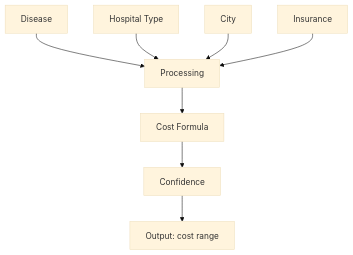
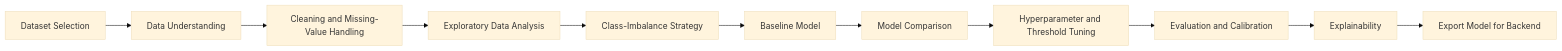
One commit to Shrutii-Dixit/NiraVed-AI-Healthcare-Platform changed the fourth of 4 diagrams in README.md. Above: the diagram before and after it, drawn with Mermaid (base theme). The commit also changed other lines of this file, not shown here.

````diff
--- a/README.md
+++ b/README.md
@@ -324,10 +232,13 @@
 ```mermaid
-flowchart TD
-	D[Disease] --> P[Processing]
-	H[Hospital Type] --> P
-	C[City] --> P
-	I[Insurance] --> P
-	P --> F[Cost Formula]
-	F --> CONF[Confidence]
-	CONF --> OUT[Output: cost range]
+flowchart LR
+    A[Dataset Selection] --> B[Data Understanding]
+    B --> C[Cleaning and Missing-Value Handling]
+    C --> D[Exploratory Data Analysis]
+    D --> E[Class-Imbalance Strategy]
+    E --> F[Baseline Model]
+    F --> G[Model Comparison]
+    G --> H[Hyperparameter and Threshold Tuning]
+    H --> I[Evaluation and Calibration]
+    I --> J[Explainability]
+    J --> K[Export Model for Backend]
 ```
````
